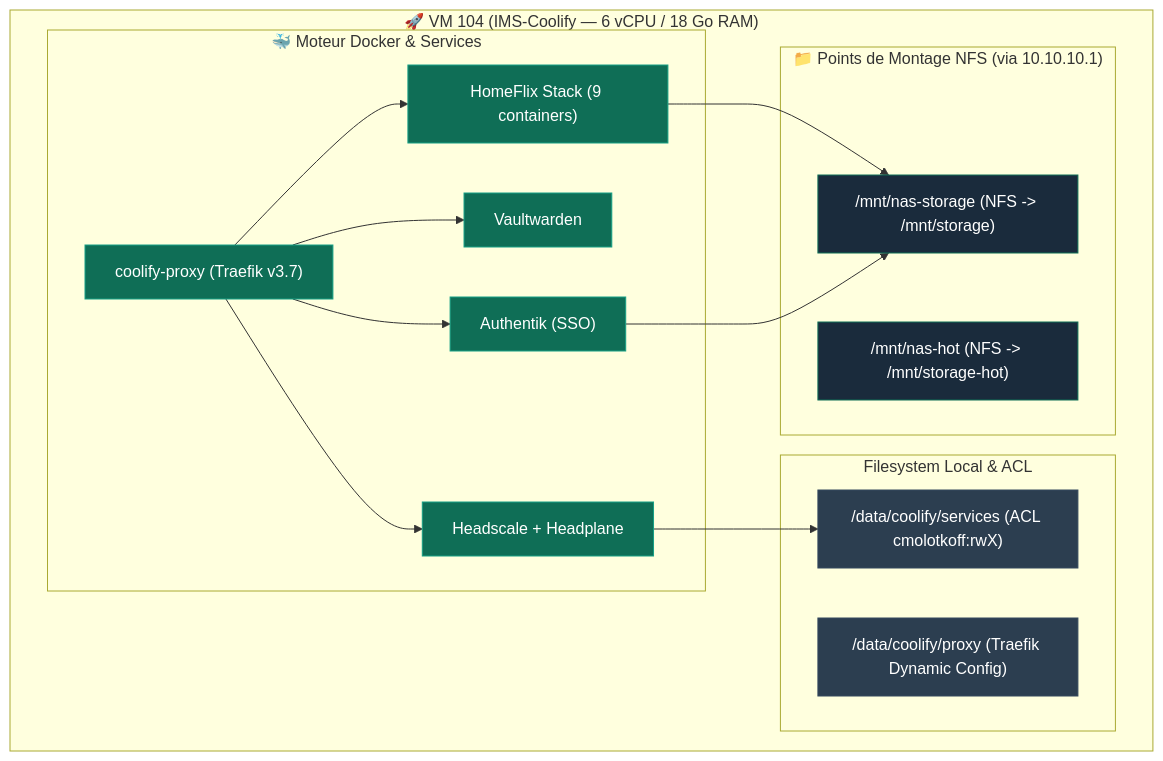
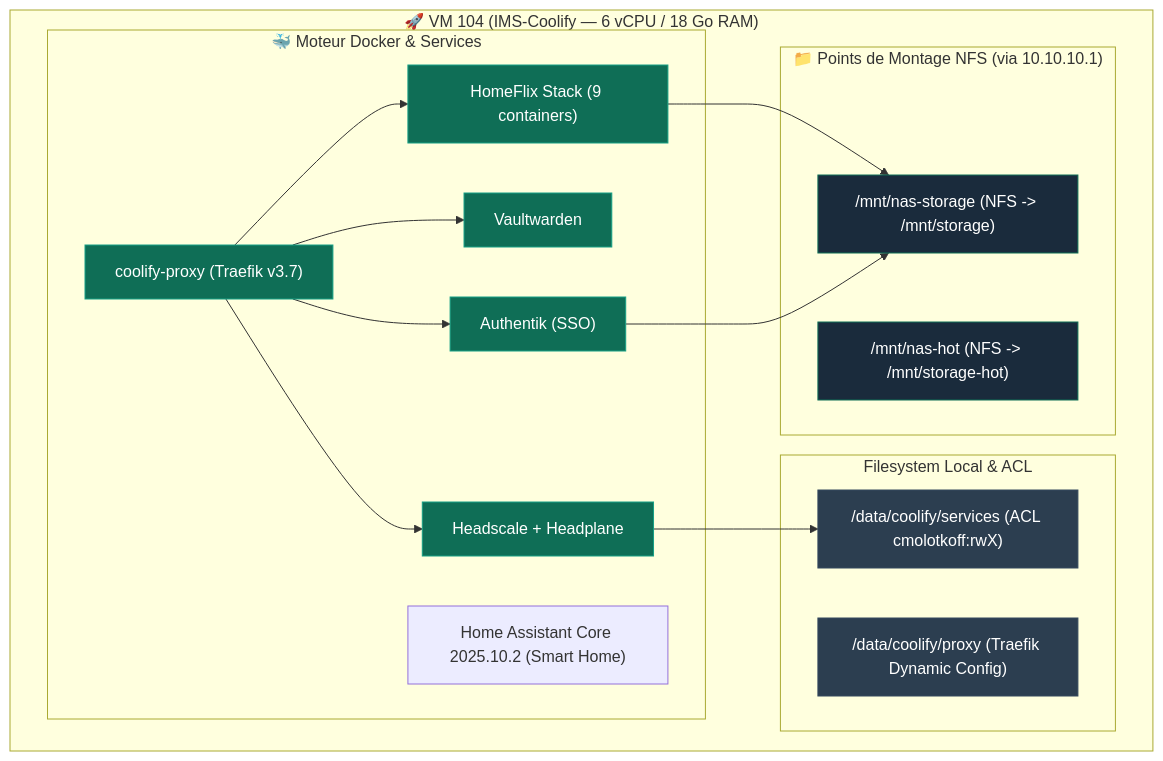
Before and after one commit to ims-world/docs: the diagram in infrastructure/vm-coolify.md, drawn with Mermaid. The commit also changed 6 other files, not shown here.

Commit message:
docs: ajout de la fiche service Home Assistant, mises a jour de la matrice de securite, du changelog et de la roadmap

````diff
--- a/infrastructure/vm-coolify.md
+++ b/infrastructure/vm-coolify.md
@@ -34,38 +34,39 @@
 ```mermaid
 graph TD
     subgraph VM ["🚀 VM 104 (IMS-Coolify — 6 vCPU / 18 Go RAM)"]
         subgraph FS ["Filesystem Local & ACL"]
             DATA["/data/coolify/services (ACL cmolotkoff:rwX)"]
             PROXY_CFG["/data/coolify/proxy (Traefik Dynamic Config)"]
         end
 
         subgraph DOCKER ["🐳 Moteur Docker & Services"]
             TRAEFIK["coolify-proxy (Traefik v3.7)"]
             AUTH["Authentik (SSO)"]
             VAULT["Vaultwarden"]
             HOMEFLIX["HomeFlix Stack (9 containers)"]
             HEADSCALE["Headscale + Headplane"]
+            HA["Home Assistant Core 2025.10.2 (Smart Home)"]
         end
 
         subgraph NFS_MNT ["📁 Points de Montage NFS (via 10.10.10.1)"]
             MNT_STOR["/mnt/nas-storage (NFS -> /mnt/storage)"]
             MNT_HOT["/mnt/nas-hot (NFS -> /mnt/storage-hot)"]
         end
     end
 
     TRAEFIK --> AUTH
     TRAEFIK --> VAULT
     TRAEFIK --> HOMEFLIX
     TRAEFIK --> HEADSCALE
 
     HOMEFLIX --> MNT_STOR
     AUTH --> MNT_STOR
     HEADSCALE --> DATA
 
     classDef vm fill:#2c3e50,stroke:#34495e,color:#fff;
     classDef docker fill:#0F6E56,stroke:#16A085,color:#fff;
     classDef nfs fill:#1a2b3c,stroke:#0F6E56,color:#fff;
     class DATA,PROXY_CFG vm;
     class TRAEFIK,AUTH,VAULT,HOMEFLIX,HEADSCALE docker;
     class MNT_STOR,MNT_HOT nfs;
 ```
````
